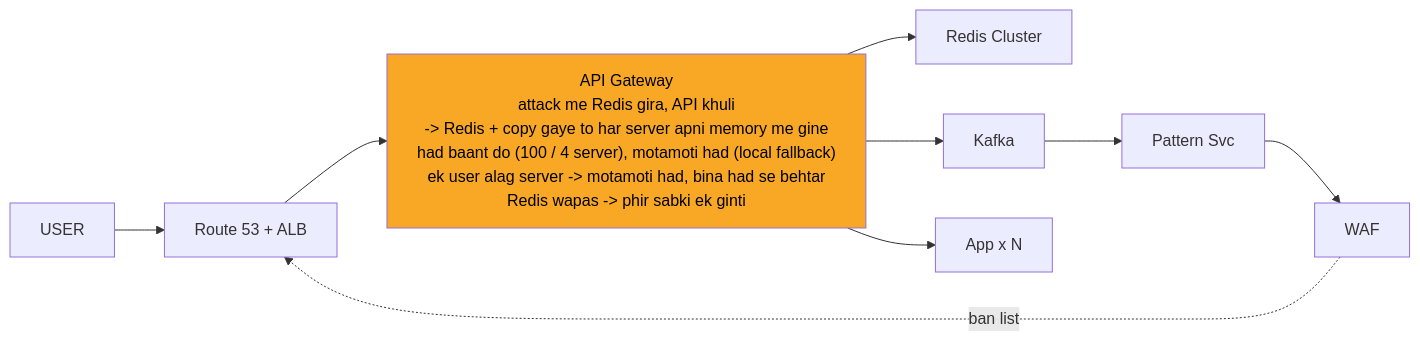
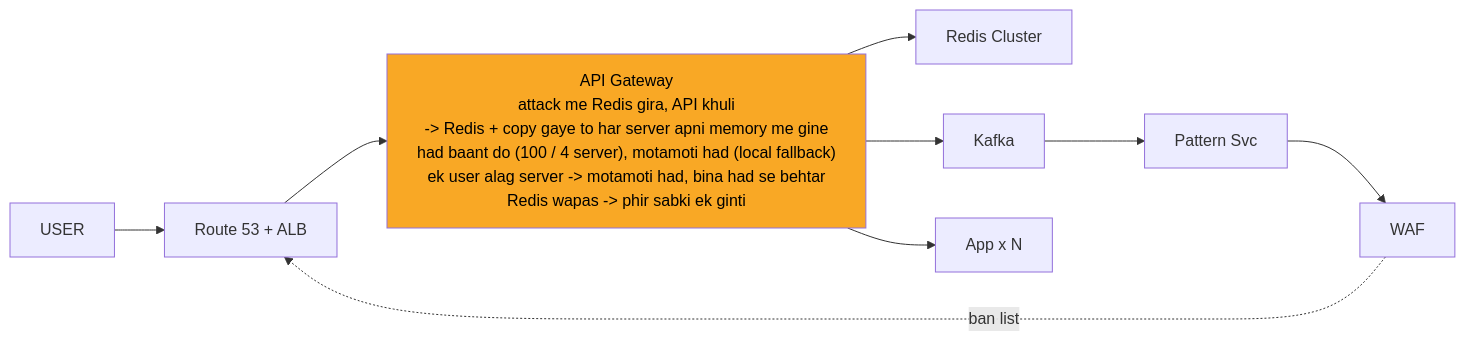
The ninth of 11 diagrams in 04_HLD/SYSTEM_DESIGNS/02_rate_limiter/02_rate_limiter.md (ArpanMaheshwari144/Prep), drawn with Mermaid before and after one commit. The commit also changed other lines of this file and 13 other files, not shown here.

Commit message:
hld 14 file: har diagram ke daayein andekha dabba, zoom button asli dabbe pe na aaye

````diff
--- a/04_HLD/SYSTEM_DESIGNS/02_rate_limiter/02_rate_limiter.md
+++ b/04_HLD/SYSTEM_DESIGNS/02_rate_limiter/02_rate_limiter.md
@@ -368,21 +392,24 @@
 ```mermaid
 %%{init: {"flowchart": {"wrappingWidth": 450}}}%%
 flowchart LR
     n_USER["USER"]
     n_EDGE["Route 53 + ALB"]
     n_API_Gateway["API Gateway<br/>attack me Redis gira, API khuli<br/>-> Redis + copy gaye to har server apni memory me gine<br/>had baant do (100 / 4 server), motamoti had (local fallback)<br/>ek user alag server -> motamoti had, bina had se behtar<br/>Redis wapas -> phir sabki ek ginti"]
     n_Redis_Cluster["Redis Cluster"]
     n_Kafka["Kafka"]
     n_Pattern_Svc["Pattern Svc"]
     n_WAF["WAF"]
     n_App_xN["App x N"]
     n_EDGE --> n_API_Gateway
     n_API_Gateway --> n_Redis_Cluster
     n_API_Gateway --> n_App_xN
     n_Kafka --> n_Pattern_Svc
     n_Pattern_Svc --> n_WAF
     n_API_Gateway --> n_Kafka
     n_USER --> n_EDGE
     n_WAF -.->|ban list| n_EDGE
+    n_pad["xxxxxxxxxxxxxxxx"]
+    n_App_xN ~~~ n_pad
     style n_API_Gateway fill:#f9a825,color:#000
+    style n_pad fill:none,stroke:none,color:#ffffff00
 ```
````
